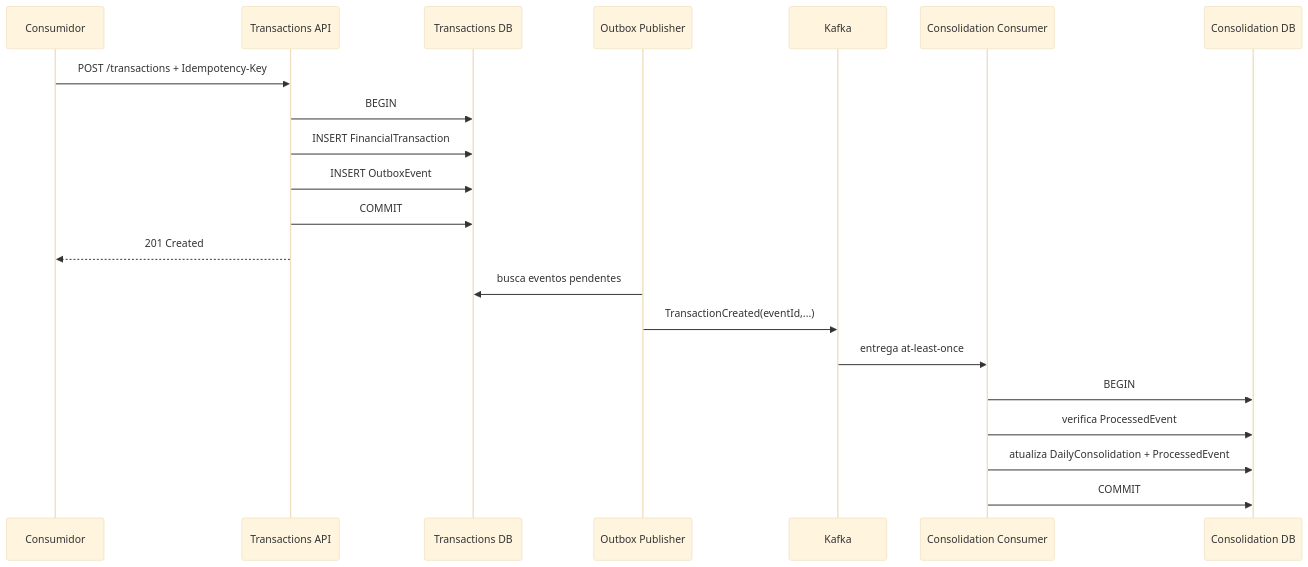
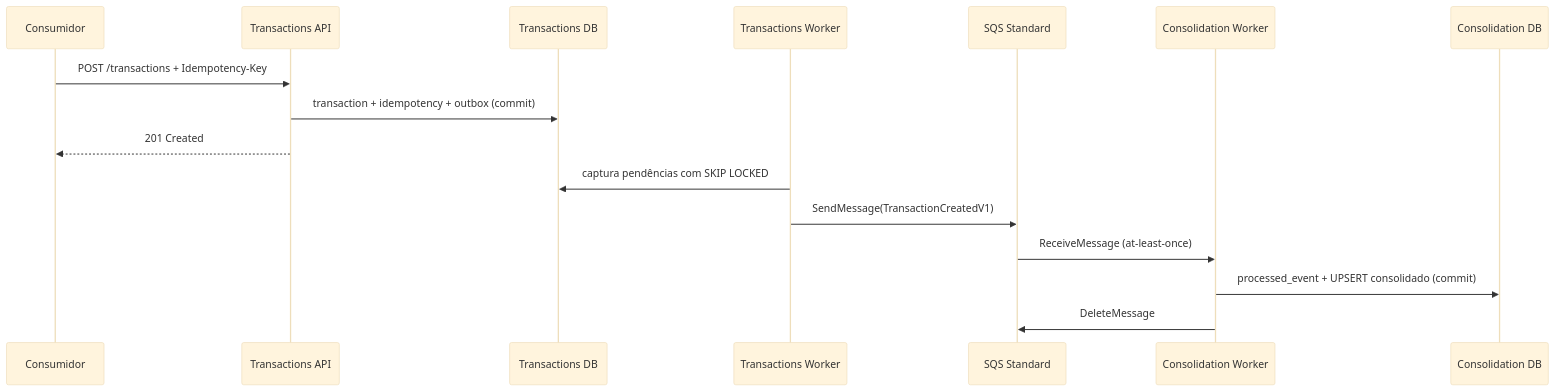
One commit to ThiagoFerraciolli/cash-flow-architecture changed the diagram in docs/04-views/Integration-View.md. Above: the diagram before and after it, drawn with Mermaid (base theme). The commit also changed other lines of this file, not shown here.

Commit message:
docs: alinha integration view a SQS e contrato v1

````diff
--- a/docs/04-views/Integration-View.md
+++ b/docs/04-views/Integration-View.md
@@ -11,24 +11,19 @@
 ```mermaid
 sequenceDiagram
     participant U as Consumidor
     participant T as Transactions API
     participant DB as Transactions DB
-    participant O as Outbox Publisher
-    participant K as Kafka
-    participant W as Consolidation Consumer
+    participant O as Transactions Worker
+    participant Q as SQS Standard
+    participant W as Consolidation Worker
     participant CDB as Consolidation DB
 
     U->>T: POST /transactions + Idempotency-Key
-    T->>DB: BEGIN
-    T->>DB: INSERT FinancialTransaction
-    T->>DB: INSERT OutboxEvent
-    T->>DB: COMMIT
+    T->>DB: transaction + idempotency + outbox (commit)
     T-->>U: 201 Created
-    O->>DB: busca eventos pendentes
-    O->>K: TransactionCreated(eventId,...)
-    K->>W: entrega at-least-once
-    W->>CDB: BEGIN
-    W->>CDB: verifica ProcessedEvent
-    W->>CDB: atualiza DailyConsolidation + ProcessedEvent
-    W->>CDB: COMMIT
+    O->>DB: captura pendências com SKIP LOCKED
+    O->>Q: SendMessage(TransactionCreatedV1)
+    Q->>W: ReceiveMessage (at-least-once)
+    W->>CDB: processed_event + UPSERT consolidado (commit)
+    W->>Q: DeleteMessage
 ```
````
